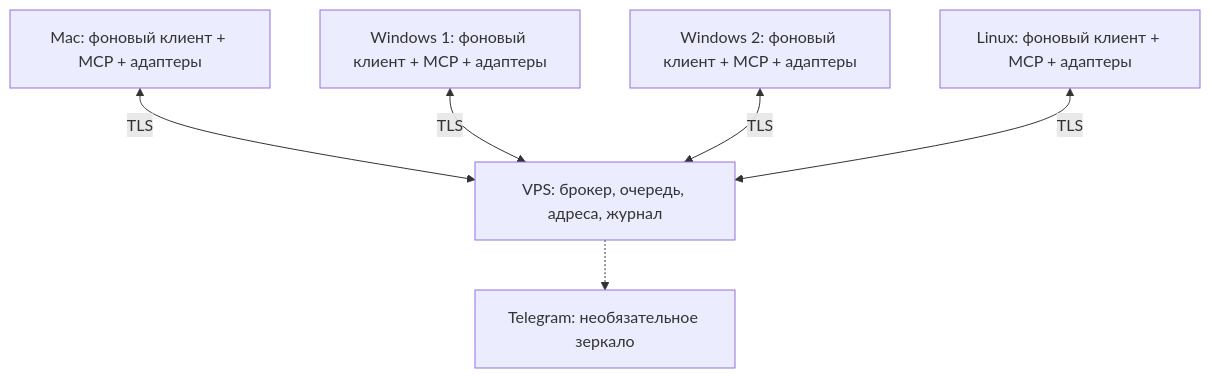
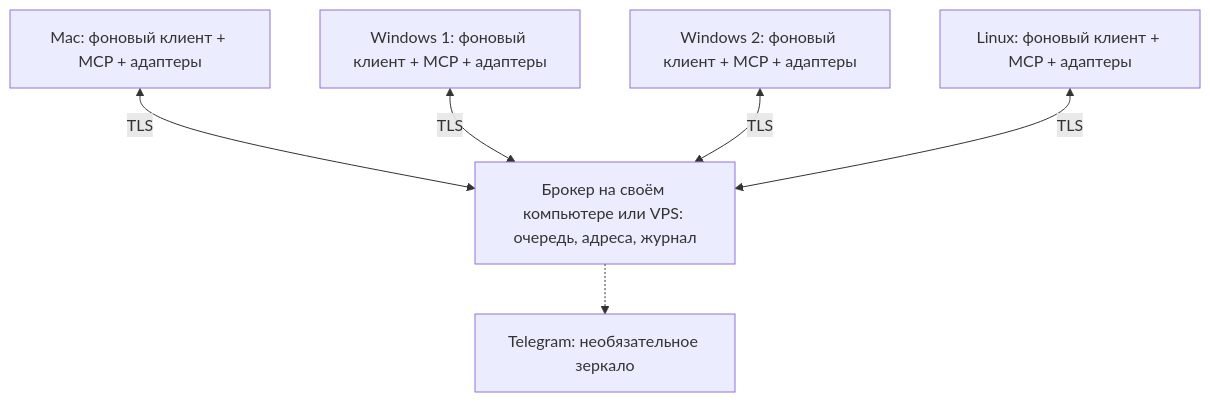
One commit to kolotiloff/agent-messenger changed the diagram in docs/PLAN.md. Above: the diagram before and after it, drawn with Mermaid. The commit also changed other lines of this file, not shown here.

Commit message:
docs: make VPS optional and add local broker setup mode

````diff
--- a/docs/PLAN.md
+++ b/docs/PLAN.md
@@ -17,14 +17,14 @@
 ```mermaid
 flowchart TB
-    B["VPS: брокер, очередь, адреса, журнал"]
+    B["Брокер на своём компьютере или VPS: очередь, адреса, журнал"]
     M["Mac: фоновый клиент + MCP + адаптеры"]
     W1["Windows 1: фоновый клиент + MCP + адаптеры"]
     W2["Windows 2: фоновый клиент + MCP + адаптеры"]
     L["Linux: фоновый клиент + MCP + адаптеры"]
     T["Telegram: необязательное зеркало"]
     M <-->|TLS| B
     W1 <-->|TLS| B
     W2 <-->|TLS| B
     L <-->|TLS| B
     B -.-> T
 ```
````
